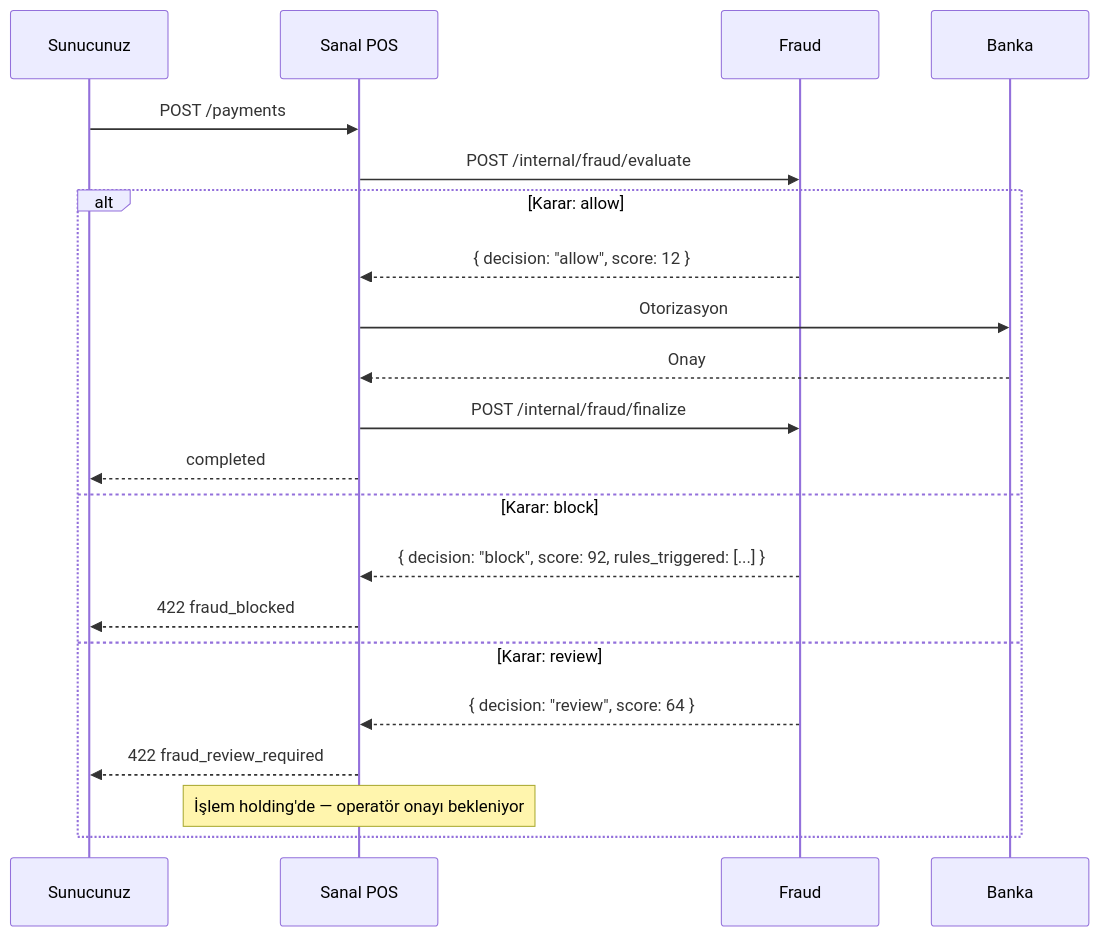
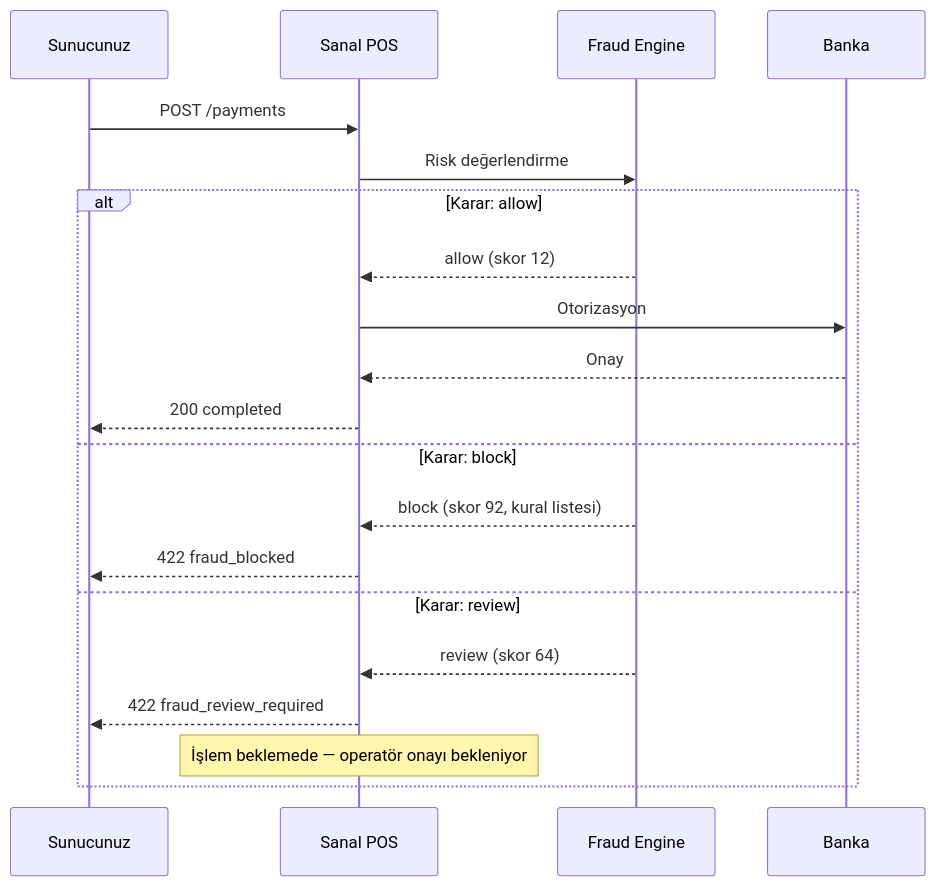
One commit to payment-pos/mintlify changed the diagram in fraud/overview.mdx. Above: the diagram before and after it, drawn with Mermaid. The commit also changed other lines of this file and 73 other files, not shown here.

````diff
--- a/fraud/overview.mdx
+++ b/fraud/overview.mdx
@@ -48,24 +48,23 @@
 ```mermaid
 sequenceDiagram
     participant App as Sunucunuz
     participant POS as Sanal POS
-    participant Fraud
+    participant Fraud as Fraud Engine
     participant Bank as Banka
 
     App->>POS: POST /payments
-    POS->>Fraud: POST /internal/fraud/evaluate
+    POS->>Fraud: Risk değerlendirme
     alt Karar: allow
-        Fraud-->>POS: { decision: "allow", score: 12 }
+        Fraud-->>POS: allow (skor 12)
         POS->>Bank: Otorizasyon
         Bank-->>POS: Onay
-        POS->>Fraud: POST /internal/fraud/finalize
-        POS-->>App: completed
+        POS-->>App: 200 completed
     else Karar: block
-        Fraud-->>POS: { decision: "block", score: 92, rules_triggered: [...] }
+        Fraud-->>POS: block (skor 92, kural listesi)
         POS-->>App: 422 fraud_blocked
     else Karar: review
-        Fraud-->>POS: { decision: "review", score: 64 }
+        Fraud-->>POS: review (skor 64)
         POS-->>App: 422 fraud_review_required
-        Note over POS: İşlem holding'de — operatör onayı bekleniyor
+        Note over POS: İşlem beklemede — operatör onayı bekleniyor
     end
 ```
````
